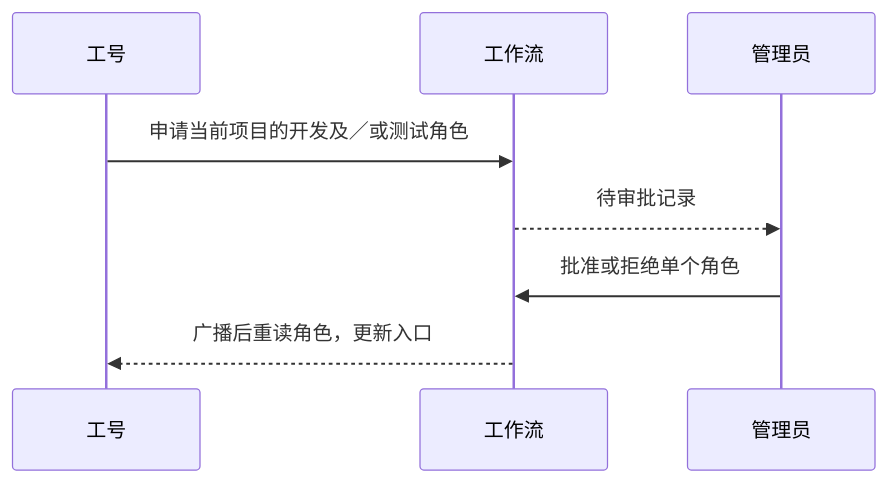
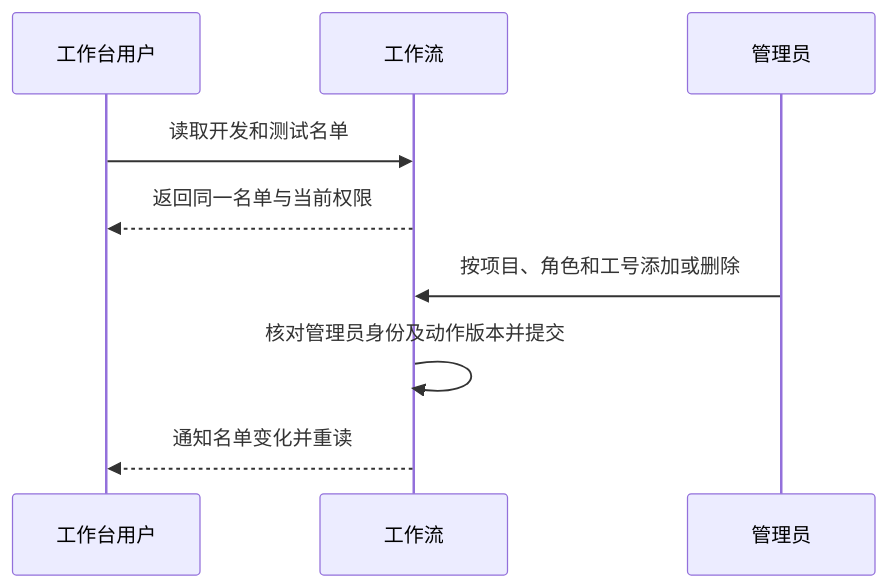
Before and after one commit to jchanghong023/ZCode: the diagram in docs/specs/aireq/connection-identity.md, drawn with Mermaid. The commit also changed other lines of this file and 79 other files, not shown here.

````diff
--- a/docs/specs/aireq/connection-identity.md
+++ b/docs/specs/aireq/connection-identity.md
@@ -29,10 +29,11 @@
 ```mermaid
 sequenceDiagram
-  participant U as 工号
+  participant U as 工作台用户
   participant W as 工作流
   participant A as 管理员
-  U->>W: 申请当前项目的开发及／或测试角色
-  W-->>A: 待审批记录
-  A->>W: 批准或拒绝单个角色
-  W-->>U: 广播后重读角色，更新入口
+  U->>W: 读取开发和测试名单
+  W-->>U: 返回同一名单与当前权限
+  A->>W: 按项目、角色和工号添加或删除
+  W->>W: 核对管理员身份及动作版本并提交
+  W-->>U: 通知名单变化并重读
 ```
````
